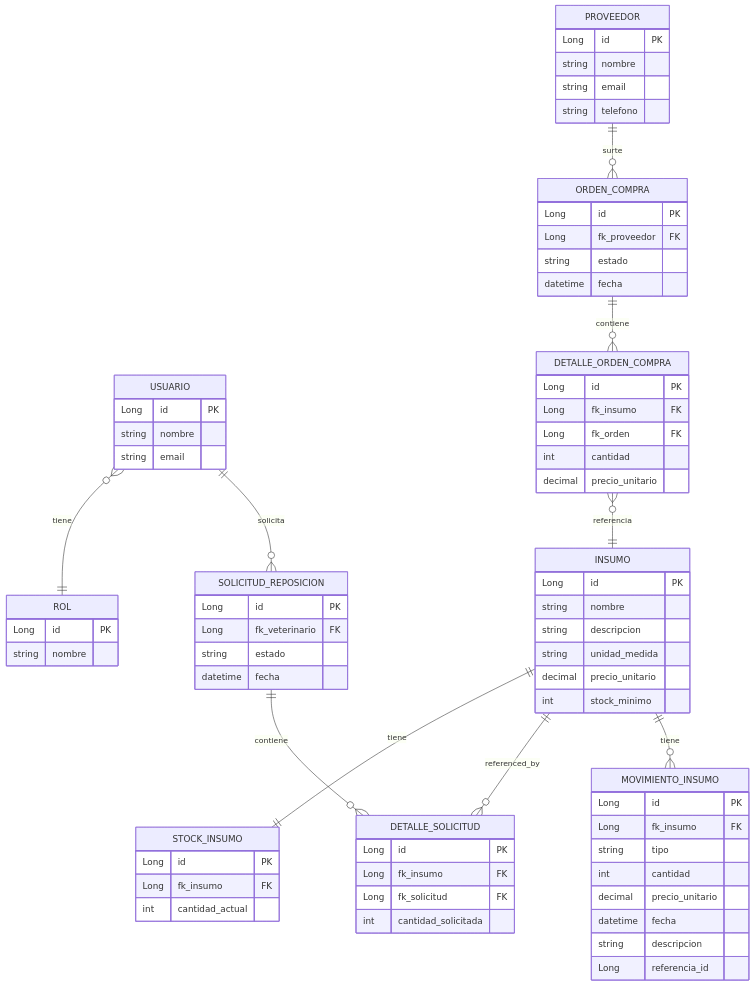
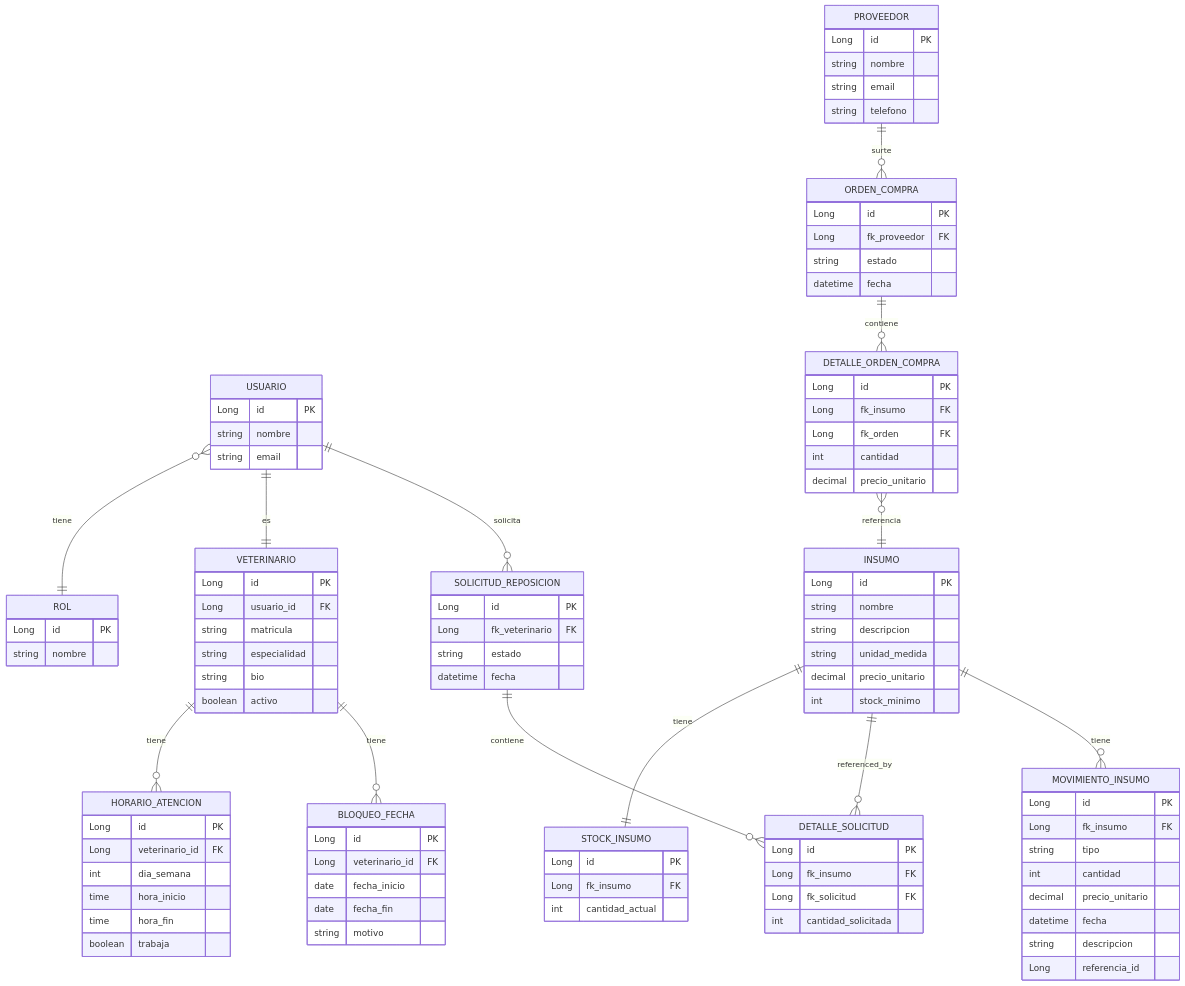
The fourth of 4 diagrams in README.md (Team4GoTechy/G4-ms), drawn with Mermaid before and after one commit. The commit also changed other lines of this file and 19 other files, not shown here.

```diff
--- a/README.md
+++ b/README.md
@@ -497,9 +612,35 @@
         string descripcion
         Long referencia_id
     }
+    VETERINARIO {
+        Long id PK
+        Long usuario_id FK
+        string matricula
+        string especialidad
+        string bio
+        boolean activo
+    }
+    HORARIO_ATENCION {
+        Long id PK
+        Long veterinario_id FK
+        int dia_semana
+        time hora_inicio
+        time hora_fin
+        boolean trabaja
+    }
+    BLOQUEO_FECHA {
+        Long id PK
+        Long veterinario_id FK
+        date fecha_inicio
+        date fecha_fin
+        string motivo
+    }
 
     USUARIO }o--|| ROL : tiene
+    USUARIO ||--|| VETERINARIO : es
     USUARIO ||--o{ SOLICITUD_REPOSICION : solicita
+    VETERINARIO ||--o{ HORARIO_ATENCION : tiene
+    VETERINARIO ||--o{ BLOQUEO_FECHA : tiene
     PROVEEDOR ||--o{ ORDEN_COMPRA : surte
     INSUMO ||--|| STOCK_INSUMO : tiene
     INSUMO ||--o{ DETALLE_SOLICITUD : referenced_by
```
